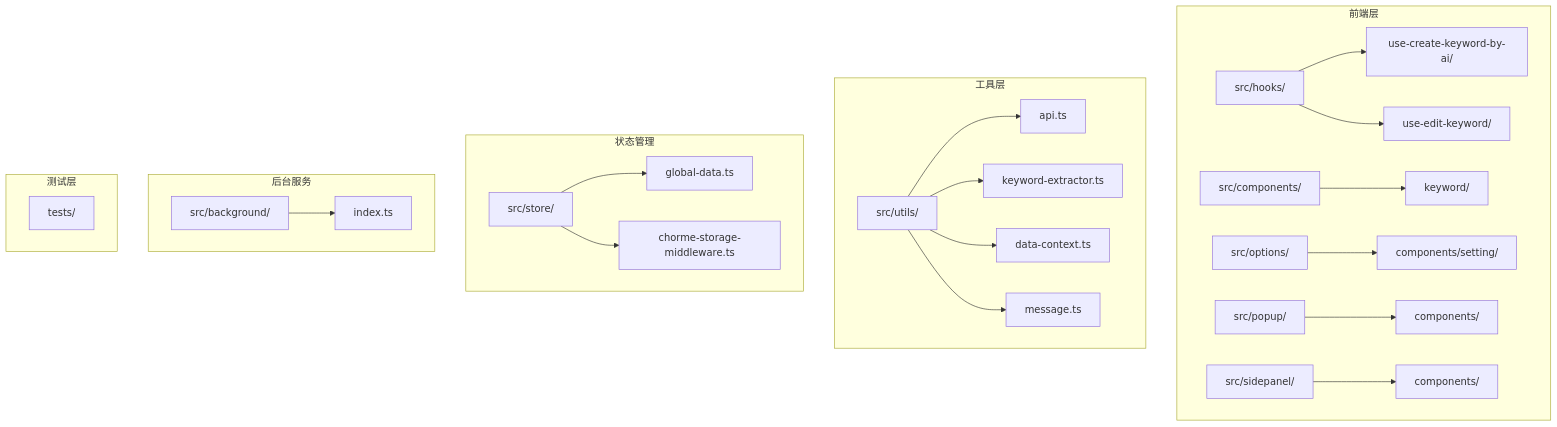
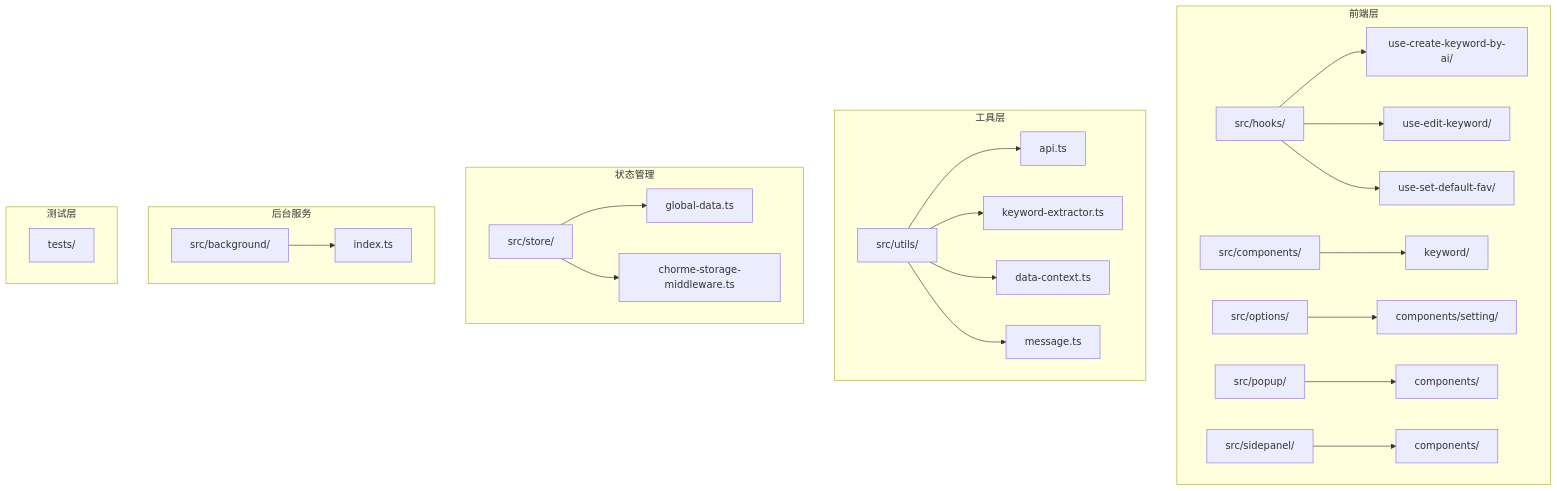
One commit to RadiumAg/bilibili-favorites changed the first of 12 diagrams in .qoder/repowiki/zh/content/核心功能模块/AI关键词提取系统.md. Above: the diagram before and after it, drawn with Mermaid. The commit also changed other lines of this file and 2 other files, not shown here.

````diff
--- a/.qoder/repowiki/zh/content/核心功能模块/AI关键词提取系统.md
+++ b/.qoder/repowiki/zh/content/核心功能模块/AI关键词提取系统.md
@@ -52,27 +64,28 @@
 ```mermaid
 graph TB
 subgraph "前端层"
 A[src/hooks/] --> A1[use-create-keyword-by-ai/]
 A --> A2[use-edit-keyword/]
+A --> A3[use-set-default-fav/]
 B[src/components/] --> B1[keyword/]
 C[src/options/] --> C1[components/setting/]
 D[src/popup/] --> D1[components/]
 E[src/sidepanel/] --> E1[components/]
 end
 subgraph "工具层"
 F[src/utils/] --> F1[api.ts]
 F --> F2[keyword-extractor.ts]
 F --> F3[data-context.ts]
 F --> F4[message.ts]
 end
 subgraph "状态管理"
 G[src/store/] --> G1[global-data.ts]
 G --> G2[chorme-storage-middleware.ts]
 end
 subgraph "后台服务"
 H[src/background/] --> H1[index.ts]
 end
 subgraph "测试层"
 I[tests/]
 end
 ```
````
